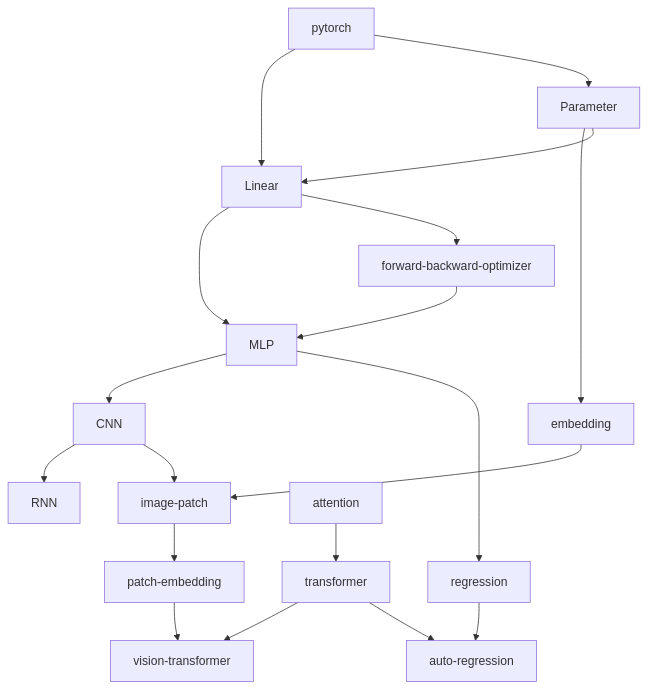
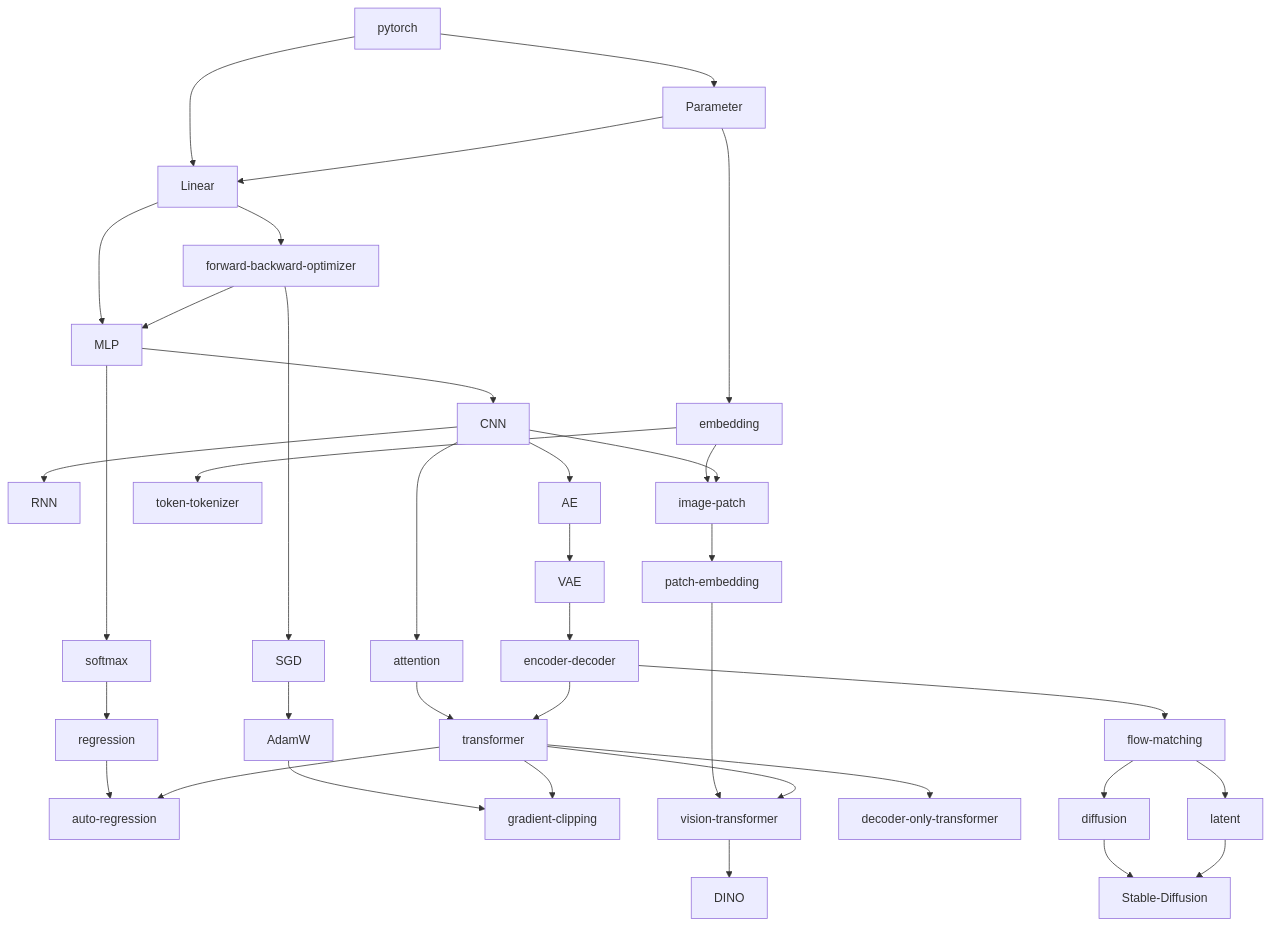
The first of 2 diagrams in 26/09/lets-establish-a-common-language.md (julyfun/how-to), drawn with Mermaid before and after one commit. The commit also changed other lines of this file, not shown here.

Commit message:
M 26/09/lets-establish-a-common-language.md

````diff
--- a/26/09/lets-establish-a-common-language.md
+++ b/26/09/lets-establish-a-common-language.md
@@ -11,11 +11,19 @@
 ```mermaid
 flowchart TD
   pytorch --> Linear --> MLP --> CNN --> RNN
-  MLP --> regression --> auto-regression
-  Linear --> forward-backward-optimizer --> MLP
+  MLP --> softmax --> regression --> auto-regression
+  Linear --> forward-backward-optimizer --> MLP & SGD
+  SGD --> AdamW --> gradient-clipping
+  transformer --> gradient-clipping
   Parameter --> embedding --> image-patch
   CNN --> image-patch --> patch-embedding --> vision-transformer
   pytorch --> Parameter --> Linear
-  attention --> transformer --> vision-transformer
+  CNN --> attention --> transformer --> vision-transformer --> DINO
+  embedding --> token-tokenizer
+  transformer --> decoder-only-transformer
+  encoder-decoder --> transformer
   transformer --> auto-regression
+  CNN --> AE --> VAE --> encoder-decoder --> flow-matching --> diffusion
+  flow-matching --> latent
+  diffusion & latent --> Stable-Diffusion
 ```
````
